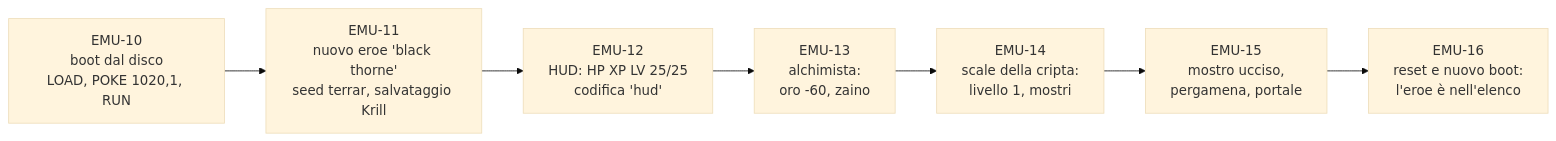
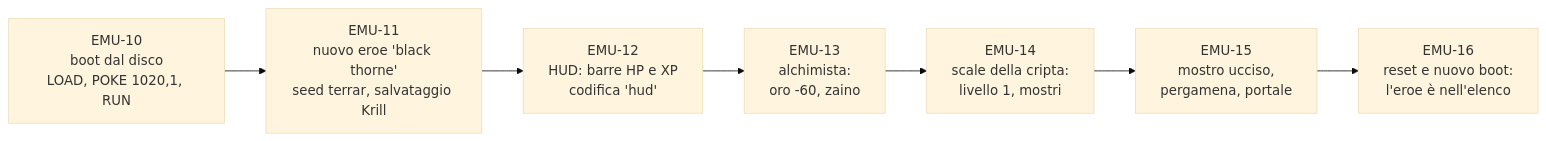
The second of 2 diagrams in docs/wiki/emulatore.md (caporalesimone/barbarian-the-blood-path), drawn with Mermaid (base theme) before and after one commit. The commit also changed other lines of this file and 26 other files, not shown here.

````diff
--- a/docs/wiki/emulatore.md
+++ b/docs/wiki/emulatore.md
@@ -133,9 +133,9 @@
 ```mermaid
 flowchart LR
     A["EMU-10<br/>boot dal disco<br/>LOAD, POKE 1020,1, RUN"] --> B["EMU-11<br/>nuovo eroe 'black thorne'<br/>seed terrar, salvataggio Krill"]
-    B --> C["EMU-12<br/>HUD: HP XP LV 25/25<br/>codifica 'hud'"]
+    B --> C["EMU-12<br/>HUD: barre HP e XP<br/>codifica 'hud'"]
     C --> D["EMU-13<br/>alchimista:<br/>oro -60, zaino"]
     D --> E["EMU-14<br/>scale della cripta:<br/>livello 1, mostri"]
     E --> F["EMU-15<br/>mostro ucciso,<br/>pergamena, portale"]
     F --> G["EMU-16<br/>reset e nuovo boot:<br/>l'eroe è nell'elenco"]
 ```
````
